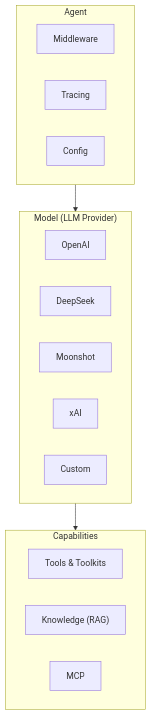
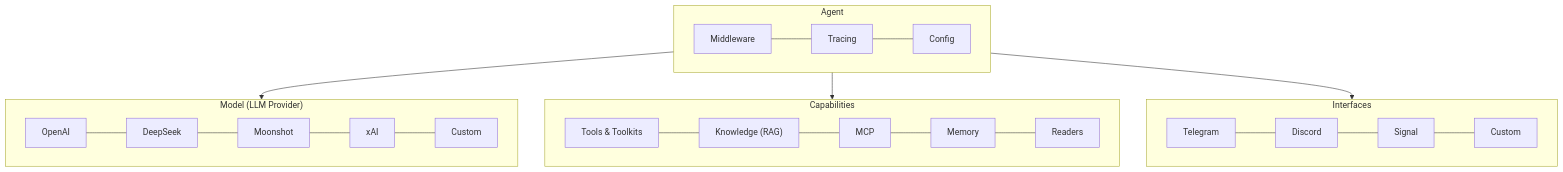
Before and after one commit to definableai/definable.ai: the diagram in definable/docs/introduction.mdx, drawn with Mermaid. The commit also changed other lines of this file and 25 other files, not shown here.

First line of the commit message:
Update documentation and README for readers, runtime, and interfaces

`````diff
--- a/definable/docs/introduction.mdx
+++ b/definable/docs/introduction.mdx
@@ -38,21 +44,22 @@
 ````mermaid
 flowchart TD
   subgraph agentLayer [Agent]
-    Middleware
-    Tracing
-    Config
+    direction LR
+    Middleware --- Tracing --- Config
   end
   subgraph modelLayer ["Model (LLM Provider)"]
-    OpenAI
-    DeepSeek
-    Moonshot
-    xAI
-    Custom
+    direction LR
+    OpenAI --- DeepSeek --- Moonshot --- xAI --- Custom
   end
   subgraph capLayer [Capabilities]
-    ToolsToolkits["Tools & Toolkits"]
-    KnowledgeRAG["Knowledge (RAG)"]
-    MCP
+    direction LR
+    ToolsToolkits["Tools & Toolkits"] --- KnowledgeRAG["Knowledge (RAG)"] --- MCPNode["MCP"] --- MemoryNode["Memory"] --- ReadersNode["Readers"]
   end
-  agentLayer --> modelLayer --> capLayer
+  subgraph intLayer [Interfaces]
+    direction LR
+    Telegram --- Discord --- Signal --- CustomInt["Custom"]
+  end
+  agentLayer --> modelLayer
+  agentLayer --> capLayer
+  agentLayer --> intLayer
 ````
`````
